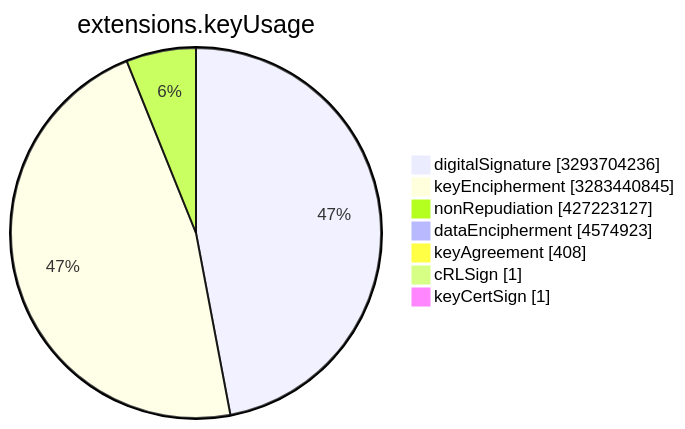
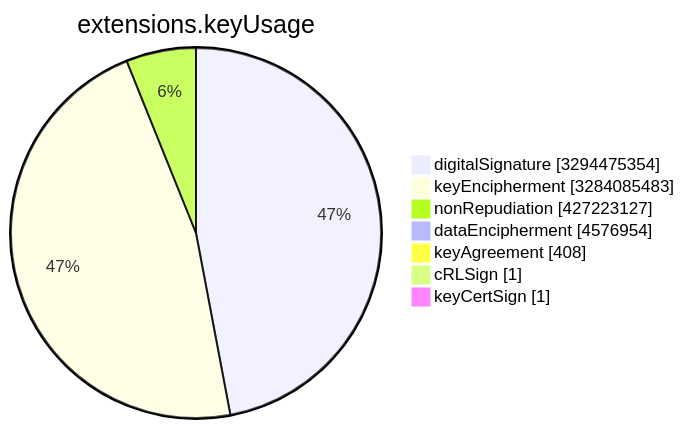
One commit to christiankrug/ctmonitor_visualization changed the sixth of 15 diagrams in TOTAL/README.md. Above: the diagram before and after it, drawn with Mermaid. The commit also changed other lines of this file, not shown here.

````diff
--- a/TOTAL/README.md
+++ b/TOTAL/README.md
@@ -3078,11 +3078,11 @@
 ```mermaid
 pie showData
 title extensions.keyUsage
-"digitalSignature" :3293704236
-"keyEncipherment" :3283440845
+"digitalSignature" :3294475354
+"keyEncipherment" :3284085483
 "nonRepudiation" :427223127
-"dataEncipherment" :4574923
+"dataEncipherment" :4576954
 "keyAgreement" :408
 "cRLSign" :1
 "keyCertSign" :1
 ```
````
